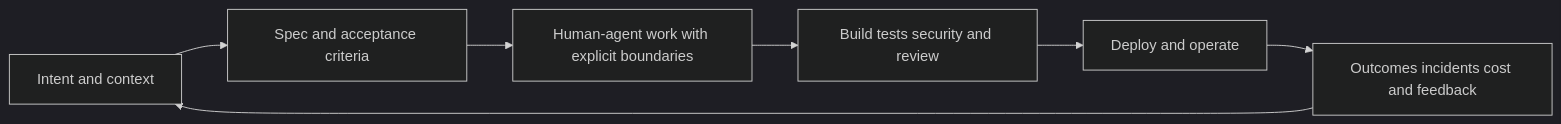
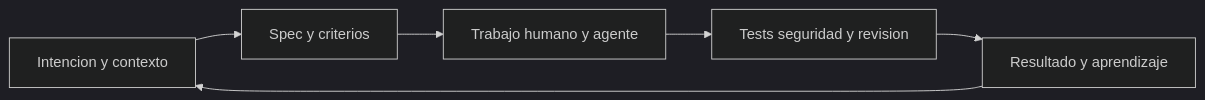
The diagram in src/content/blog/ai-sdlc-architecture-netcoreconf.md (svg153/blog), drawn with Mermaid (dark theme) before and after one commit. The commit also changed other lines of this file, not shown here.

Commit message:
docs(blog): deepen AI SDLC architecture article

````diff
--- a/src/content/blog/ai-sdlc-architecture-netcoreconf.md
+++ b/src/content/blog/ai-sdlc-architecture-netcoreconf.md
@@ -64,9 +64,8 @@
 ```mermaid
 flowchart LR
-  I[Intent and context] --> S[Spec and acceptance criteria]
-  S --> A[Human-agent work with explicit boundaries]
-  A --> V[Build tests security and review]
-  V --> D[Deploy and operate]
-  D --> F[Outcomes incidents cost and feedback]
-  F --> I
+  I[Intencion y contexto] --> S[Spec y criterios]
+  S --> B[Trabajo humano y agente]
+  B --> V[Tests seguridad y revision]
+  V --> L[Resultado y aprendizaje]
+  L --> I
 ```
````
